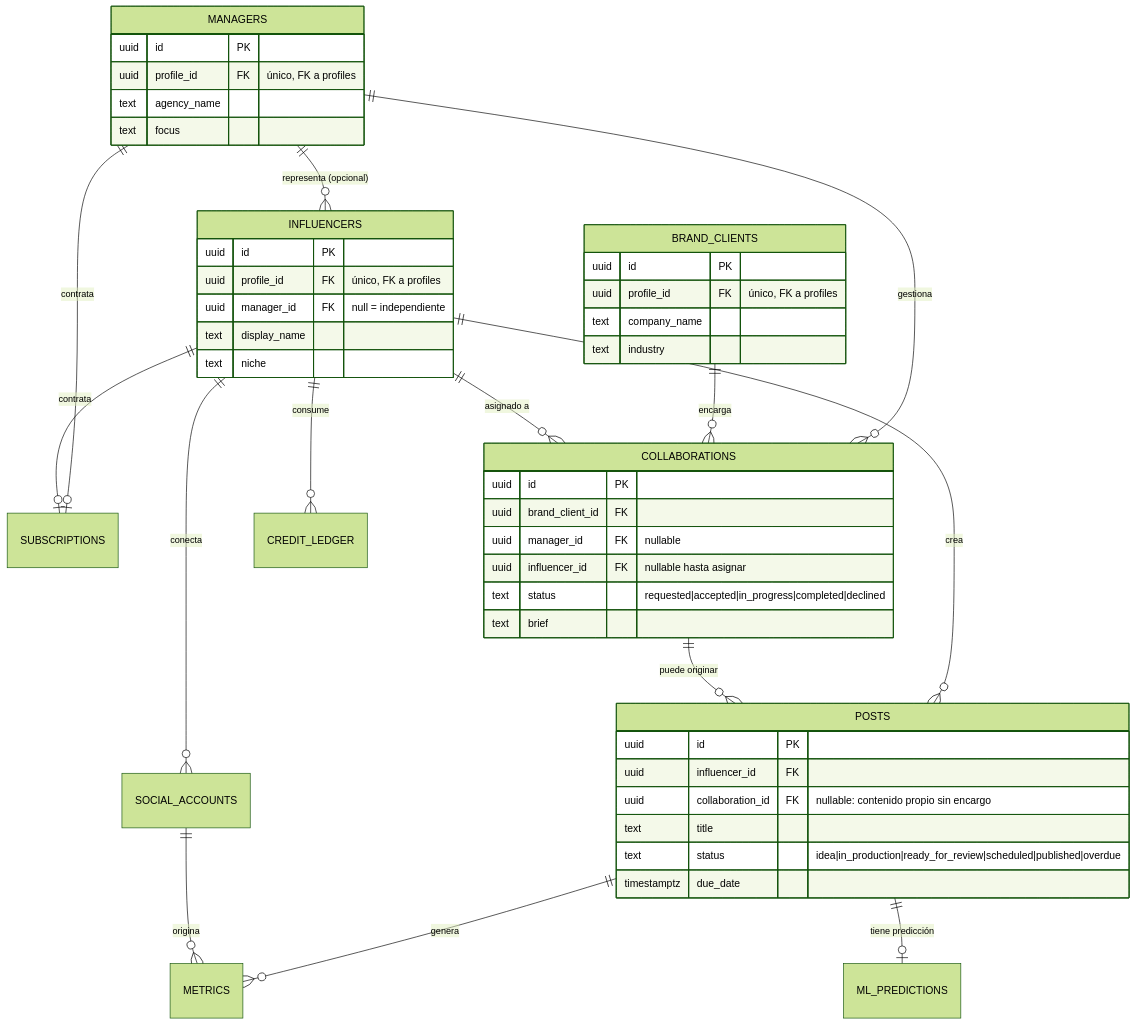
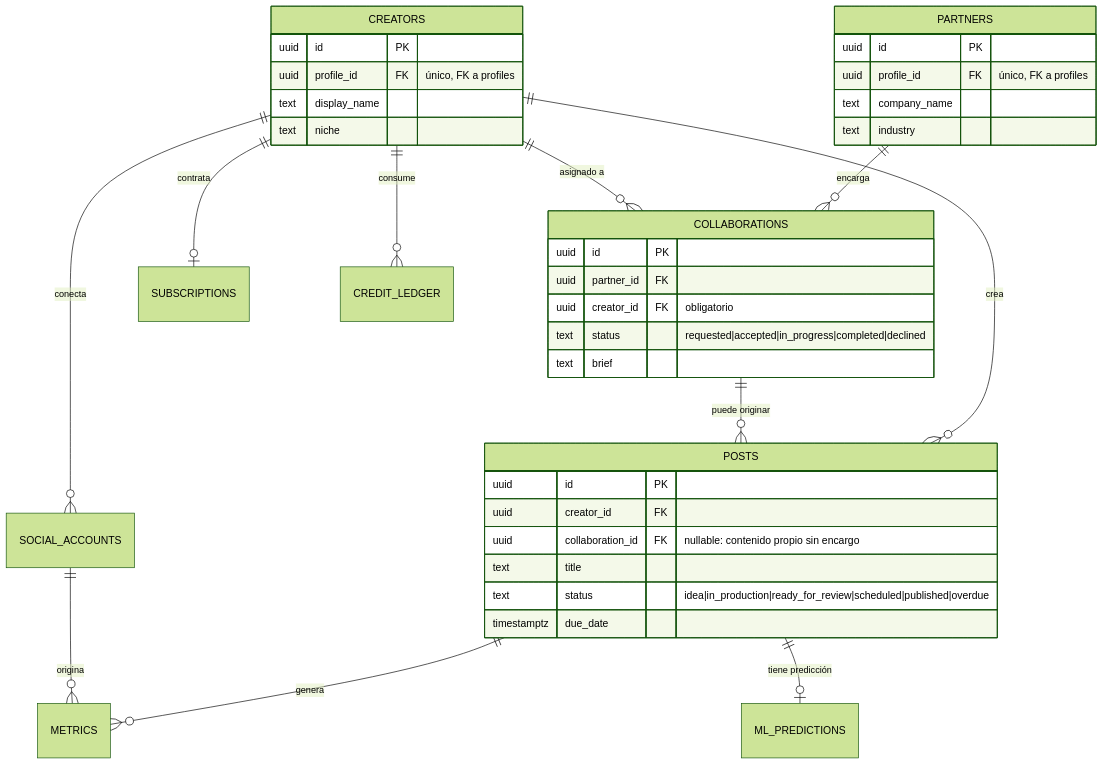
The diagram in docs/2-DATABASE-SCHEMA.md (MarioHernandezDev/dweb-create), drawn with Mermaid (forest theme) before and after one commit. The commit also changed other lines of this file and 74 other files, not shown here.

First line of the commit message:
Elimina el rol Manager; Influencer -> Creador de contenido, Cliente -> Partner

````diff
--- a/docs/2-DATABASE-SCHEMA.md
+++ b/docs/2-DATABASE-SCHEMA.md
@@ -15,52 +14,41 @@
 ```mermaid
 erDiagram
-    MANAGERS ||--o{ INFLUENCERS : "representa (opcional)"
-    MANAGERS ||--o| SUBSCRIPTIONS : "contrata"
-    MANAGERS ||--o{ COLLABORATIONS : "gestiona"
-    BRAND_CLIENTS ||--o{ COLLABORATIONS : "encarga"
-    INFLUENCERS ||--o{ COLLABORATIONS : "asignado a"
-    INFLUENCERS ||--o| SUBSCRIPTIONS : "contrata"
-    INFLUENCERS ||--o{ POSTS : "crea"
-    INFLUENCERS ||--o{ SOCIAL_ACCOUNTS : "conecta"
-    INFLUENCERS ||--o{ CREDIT_LEDGER : "consume"
+    PARTNERS ||--o{ COLLABORATIONS : "encarga"
+    CREATORS ||--o{ COLLABORATIONS : "asignado a"
+    CREATORS ||--o| SUBSCRIPTIONS : "contrata"
+    CREATORS ||--o{ POSTS : "crea"
+    CREATORS ||--o{ SOCIAL_ACCOUNTS : "conecta"
+    CREATORS ||--o{ CREDIT_LEDGER : "consume"
     COLLABORATIONS ||--o{ POSTS : "puede originar"
     POSTS ||--o{ METRICS : "genera"
     POSTS ||--o| ML_PREDICTIONS : "tiene predicción"
     SOCIAL_ACCOUNTS ||--o{ METRICS : "origina"
 
-    MANAGERS {
+    CREATORS {
         uuid id PK
         uuid profile_id FK "único, FK a profiles"
-        text agency_name
-        text focus
-    }
-    INFLUENCERS {
-        uuid id PK
-        uuid profile_id FK "único, FK a profiles"
-        uuid manager_id FK "null = independiente"
         text display_name
         text niche
     }
-    BRAND_CLIENTS {
+    PARTNERS {
         uuid id PK
         uuid profile_id FK "único, FK a profiles"
         text company_name
         text industry
     }
     COLLABORATIONS {
         uuid id PK
-        uuid brand_client_id FK
-        uuid manager_id FK "nullable"
-        uuid influencer_id FK "nullable hasta asignar"
+        uuid partner_id FK
+        uuid creator_id FK "obligatorio"
         text status "requested|accepted|in_progress|completed|declined"
         text brief
     }
     POSTS {
         uuid id PK
-        uuid influencer_id FK
+        uuid creator_id FK
         uuid collaboration_id FK "nullable: contenido propio sin encargo"
         text title
         text status "idea|in_production|ready_for_review|scheduled|published|overdue"
         timestamptz due_date
     }
 ```
````
